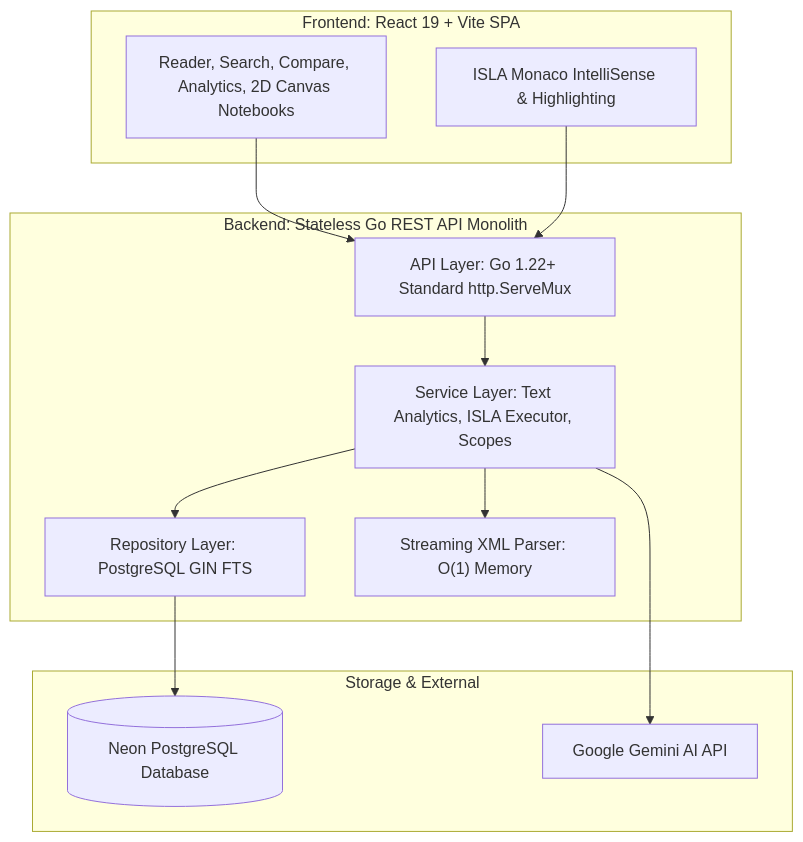
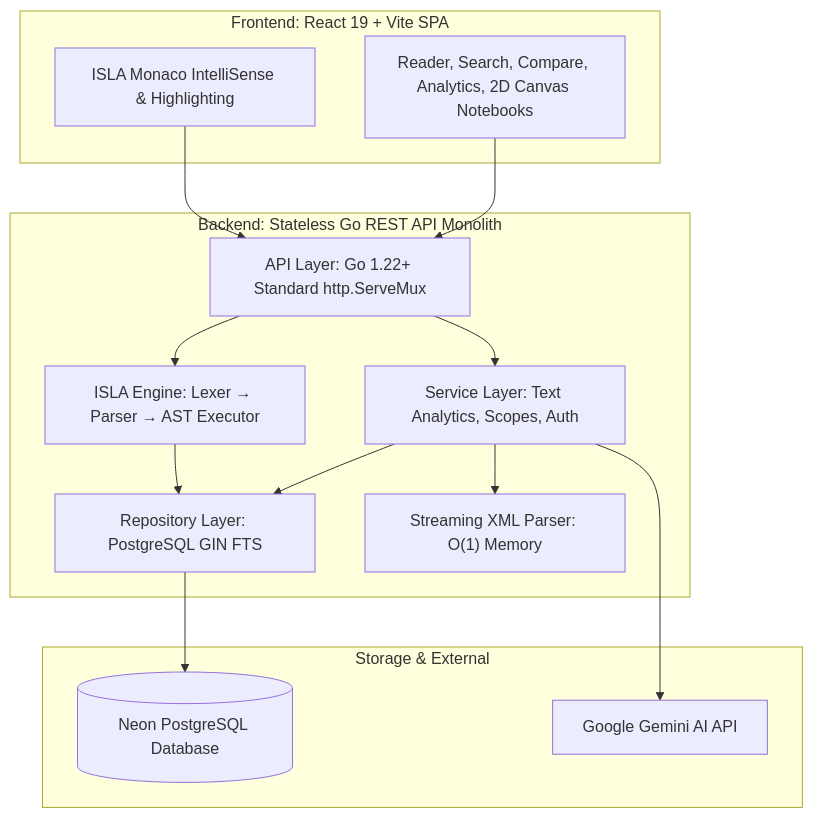
The diagram in README.md (mvirtai/clible-v3-go), drawn with Mermaid before and after one commit. The commit also changed other lines of this file and 70 other files, not shown here.

````diff
--- a/README.md
+++ b/README.md
@@ -92,27 +159,30 @@
 ```mermaid
 flowchart TD
     subgraph Frontend_App ["Frontend: React 19 + Vite SPA"]
         UI["Reader, Search, Compare, Analytics, 2D Canvas Notebooks"]
         Monaco["ISLA Monaco IntelliSense & Highlighting"]
     end
 
     subgraph Backend_App ["Backend: Stateless Go REST API Monolith"]
         API["API Layer: Go 1.22+ Standard http.ServeMux"]
-        SVC["Service Layer: Text Analytics, ISLA Executor, Scopes"]
+        SVC["Service Layer: Text Analytics, Scopes, Auth"]
+        ISLA["ISLA Engine: Lexer → Parser → AST Executor"]
         REP["Repository Layer: PostgreSQL GIN FTS"]
         PRS["Streaming XML Parser: O(1) Memory"]
     end
 
     subgraph Storage_External ["Storage & External"]
         DB[("Neon PostgreSQL Database")]
         AI["Google Gemini AI API"]
     end
 
     UI --> API
     Monaco --> API
     API --> SVC
+    API --> ISLA
     SVC --> REP
     SVC --> PRS
     SVC --> AI
+    ISLA --> REP
     REP --> DB
 ```
````
